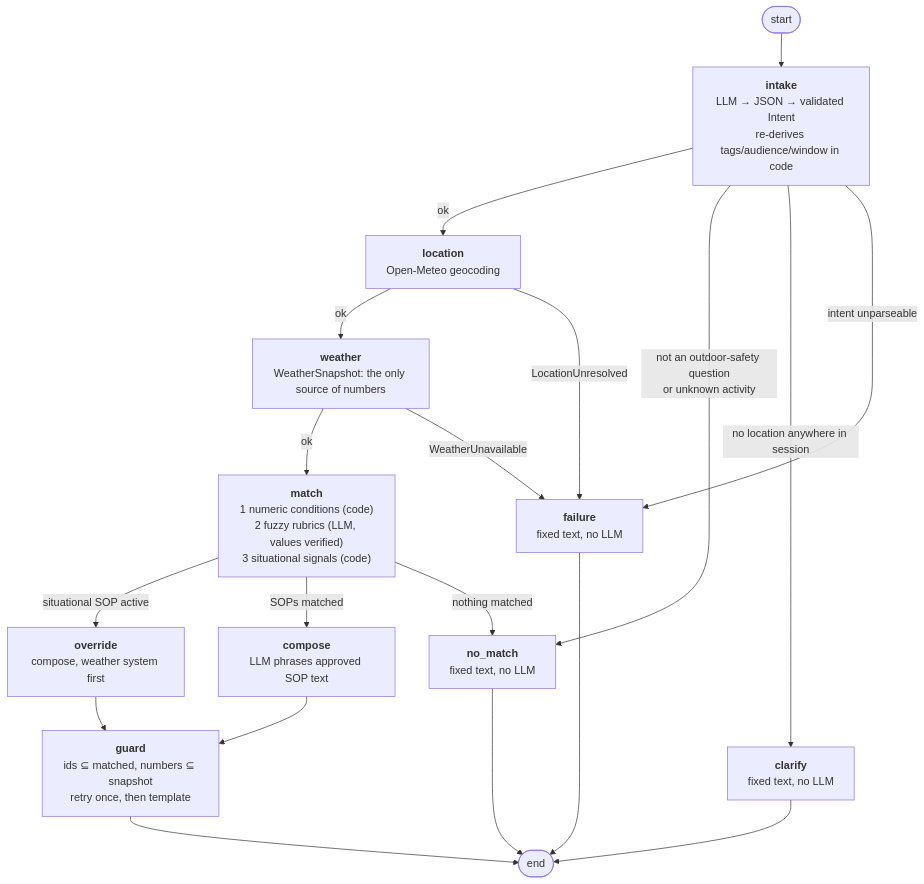
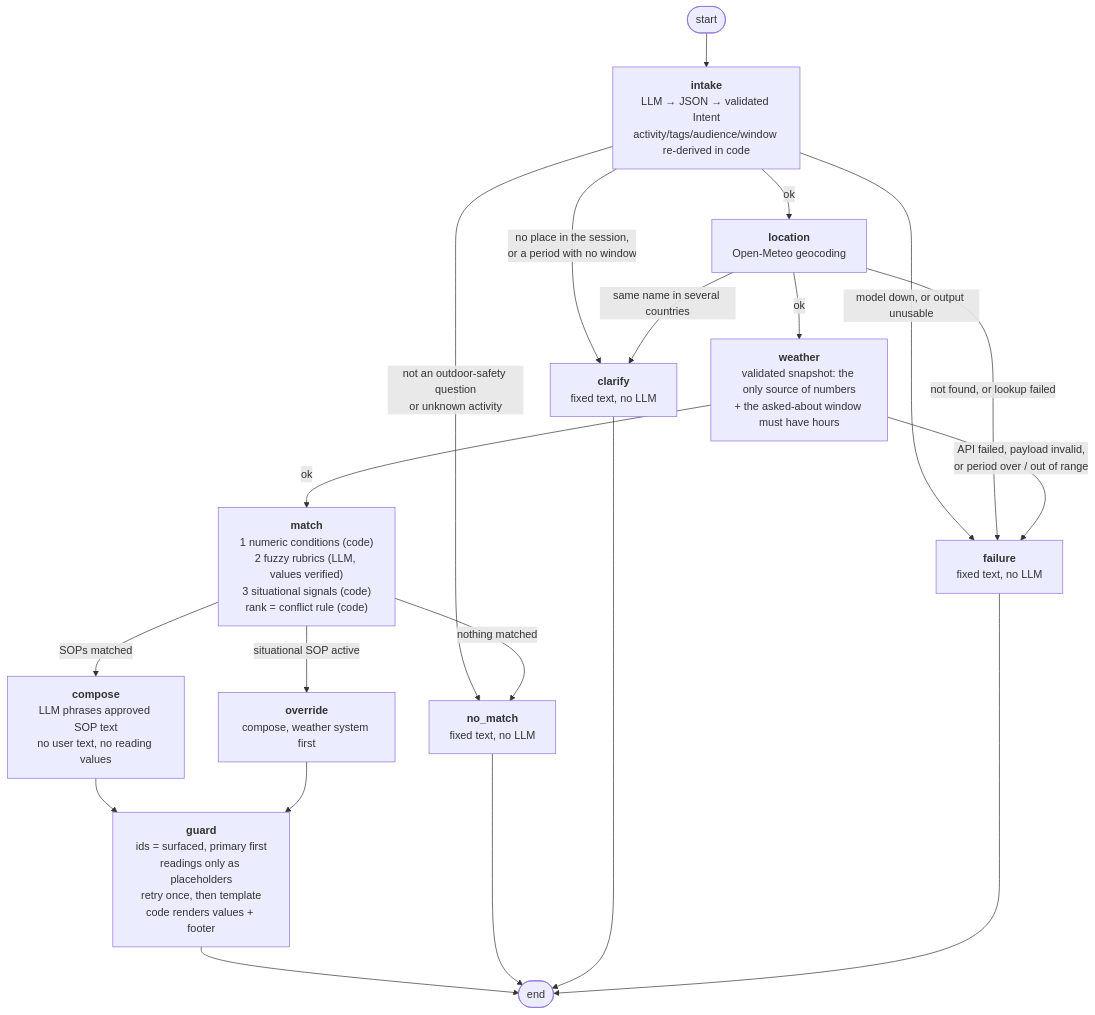
One commit to praveen-dhankhar/weather-advisory-bot changed the diagram in README.md. Above: the diagram before and after it, drawn with Mermaid. The commit also changed other lines of this file and 4 other files, not shown here.

````diff
--- a/README.md
+++ b/README.md
@@ -103,33 +138,34 @@
 ```mermaid
 flowchart TD
     START([start]) --> intake
 
-    intake["<b>intake</b><br/>LLM &rarr; JSON &rarr; validated Intent<br/>re-derives tags/audience/window in code"]
+    intake["<b>intake</b><br/>LLM &rarr; JSON &rarr; validated Intent<br/>activity/tags/audience/window re-derived in code"]
     location["<b>location</b><br/>Open-Meteo geocoding"]
-    weather["<b>weather</b><br/>WeatherSnapshot: the only source of numbers"]
-    match["<b>match</b><br/>1 numeric conditions (code)<br/>2 fuzzy rubrics (LLM, values verified)<br/>3 situational signals (code)"]
-    compose["<b>compose</b><br/>LLM phrases approved SOP text"]
+    weather["<b>weather</b><br/>validated snapshot: the only source of numbers<br/>+ the asked-about window must have hours"]
+    match["<b>match</b><br/>1 numeric conditions (code)<br/>2 fuzzy rubrics (LLM, values verified)<br/>3 situational signals (code)<br/>rank = conflict rule (code)"]
+    compose["<b>compose</b><br/>LLM phrases approved SOP text<br/>no user text, no reading values"]
     override["<b>override</b><br/>compose, weather system first"]
-    guard["<b>guard</b><br/>ids ⊆ matched, numbers ⊆ snapshot<br/>retry once, then template"]
+    guard["<b>guard</b><br/>ids = surfaced, primary first<br/>readings only as placeholders<br/>retry once, then template<br/>code renders values + footer"]
     nomatch["<b>no_match</b><br/>fixed text, no LLM"]
     clarify["<b>clarify</b><br/>fixed text, no LLM"]
     failure["<b>failure</b><br/>fixed text, no LLM"]
 
     intake -->|ok| location
     intake -->|not an outdoor-safety question<br/>or unknown activity| nomatch
-    intake -->|no location anywhere in session| clarify
-    intake -->|intent unparseable| failure
+    intake -->|no place in the session,<br/>or a period with no window| clarify
+    intake -->|model down, or output unusable| failure
     location -->|ok| weather
-    location -->|LocationUnresolved| failure
+    location -->|same name in several countries| clarify
+    location -->|not found, or lookup failed| failure
     weather -->|ok| match
-    weather -->|WeatherUnavailable| failure
+    weather -->|API failed, payload invalid,<br/>or period over / out of range| failure
     match -->|situational SOP active| override
     match -->|SOPs matched| compose
     match -->|nothing matched| nomatch
     compose --> guard
     override --> guard
     guard --> END([end])
     nomatch --> END
     clarify --> END
     failure --> END
 ```
````
